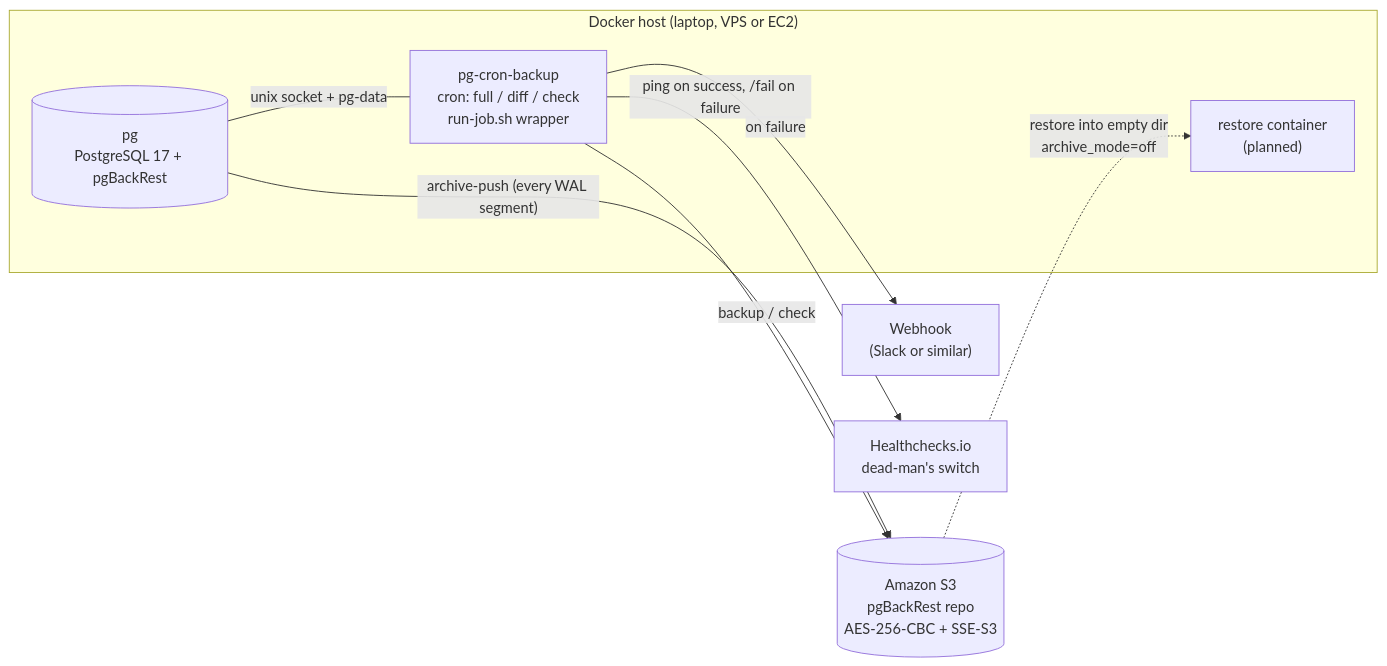
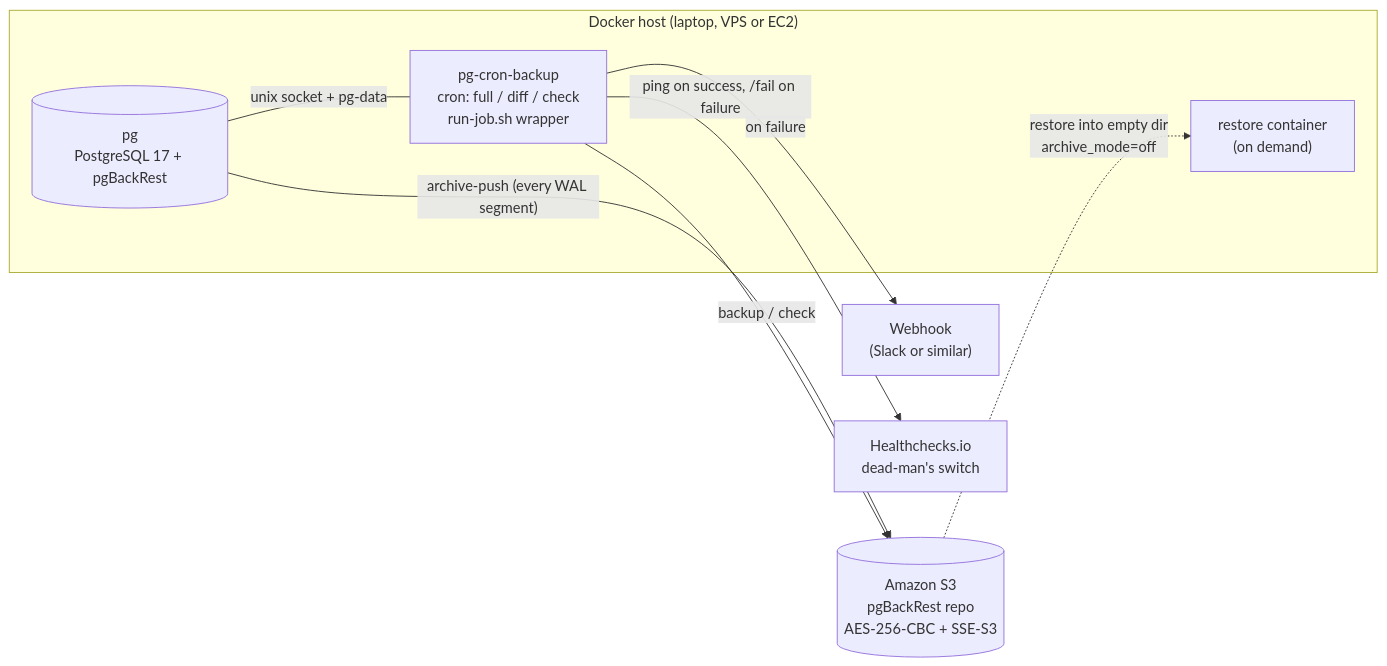
Before and after one commit to joheee/PgPhysicalBackup: the diagram in README.md, drawn with Mermaid. The commit also changed other lines of this file and 10 other files, not shown here.

````diff
--- a/README.md
+++ b/README.md
@@ -26,19 +26,19 @@
 ```mermaid
 flowchart LR
     subgraph HOST["Docker host (laptop, VPS or EC2)"]
         PG[("pg<br/>PostgreSQL 17 + pgBackRest")]
         BK["pg-cron-backup<br/>cron: full / diff / check<br/>run-job.sh wrapper"]
-        RS["restore container<br/>(planned)"]
+        RS["restore container<br/>(on demand)"]
         PG ---|"unix socket + pg-data"| BK
     end
 
     S3[("Amazon S3<br/>pgBackRest repo<br/>AES-256-CBC + SSE-S3")]
     WH["Webhook<br/>(Slack or similar)"]
     HC["Healthchecks.io<br/>dead-man's switch"]
 
     PG -->|"archive-push (every WAL segment)"| S3
     BK -->|"backup / check"| S3
     BK -->|"on failure"| WH
     BK -->|"ping on success, /fail on failure"| HC
     S3 -.->|"restore into empty dir<br/>archive_mode=off"| RS
 ```
````
